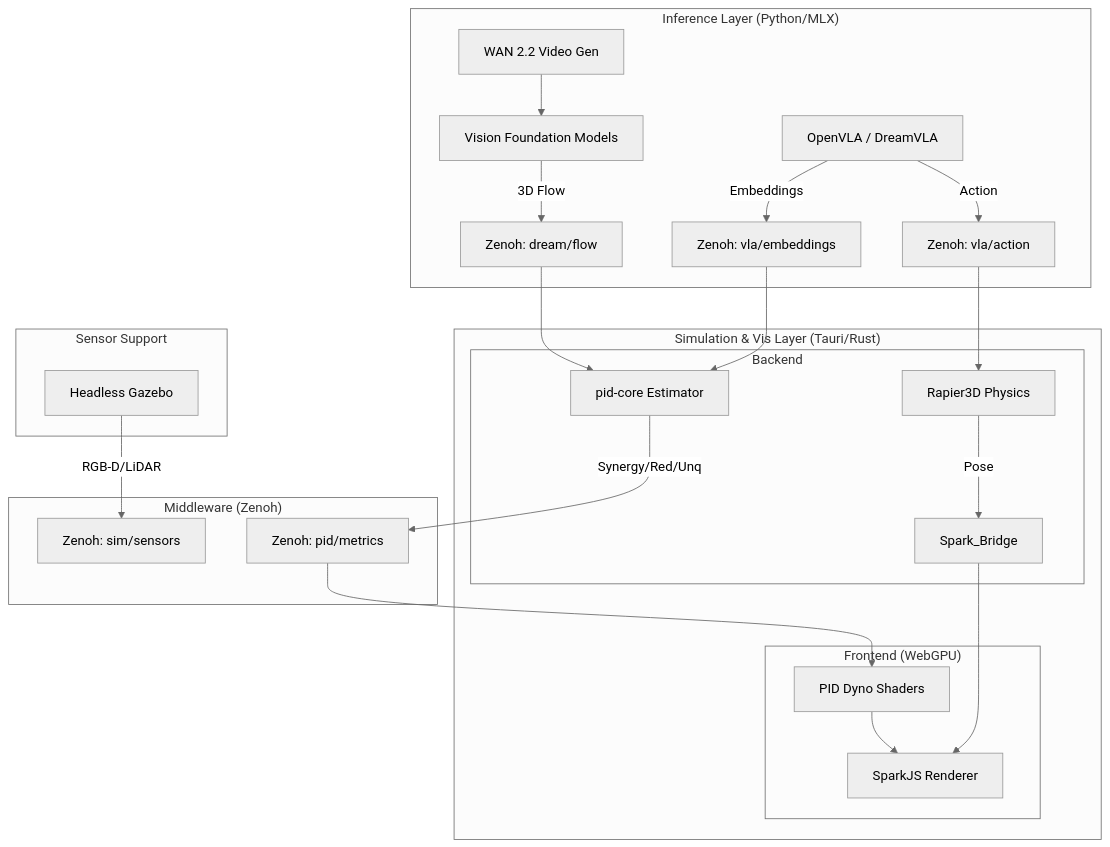
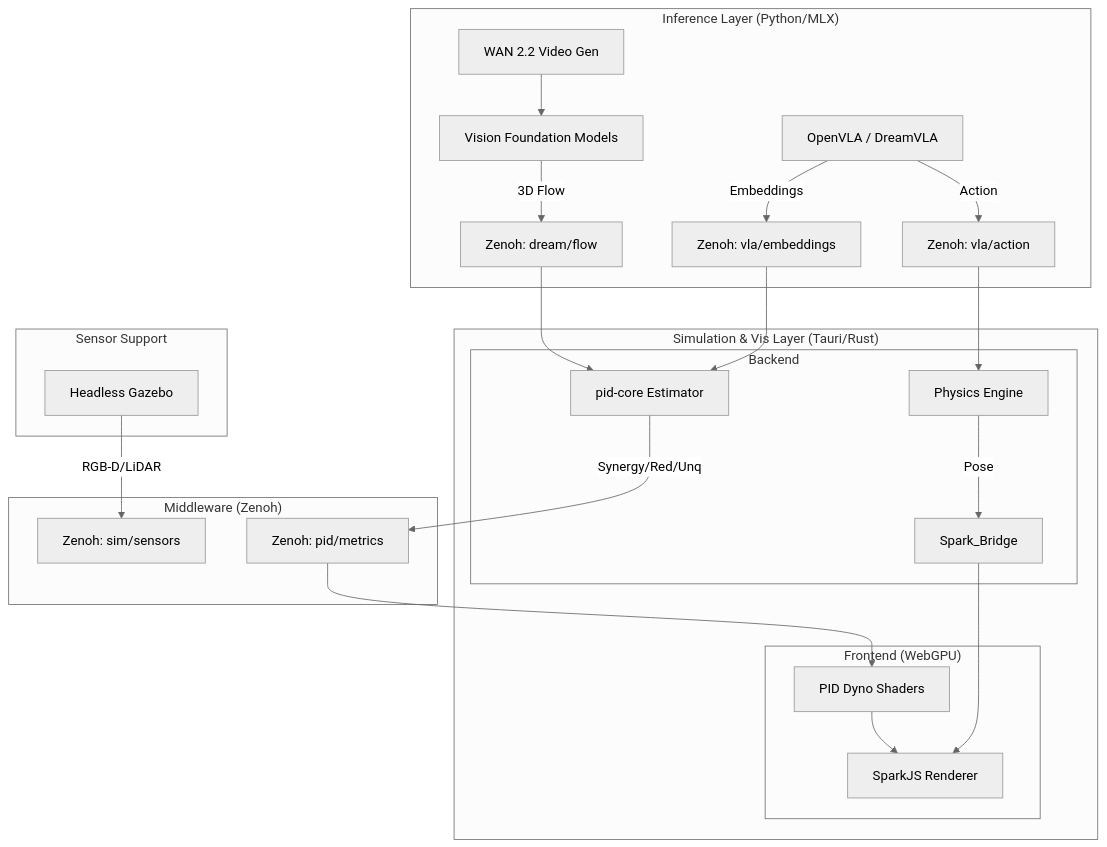
One commit to sepahead/prisoma changed the first of 7 diagrams in DIAGRAMS.md. Above: the diagram before and after it, drawn with Mermaid (neutral theme). The commit also changed other lines of this file and 6 other files, not shown here.

````diff
--- a/DIAGRAMS.md
+++ b/DIAGRAMS.md
@@ -16,49 +16,49 @@
 ```mermaid
 graph TD
     subgraph "Inference Layer (Python/MLX)"
         VLA[OpenVLA / DreamVLA]
         WAN[WAN 2.2 Video Gen]
         Vis[Vision Foundation Models]
         
         VLA -->|Action| Z_ACT[Zenoh: vla/action]
         VLA -->|Embeddings| Z_EMB[Zenoh: vla/embeddings]
         WAN --> Vis
         Vis -->|3D Flow| Z_FLOW[Zenoh: dream/flow]
     end
 
     subgraph "Middleware (Zenoh)"
         Z_ACT
         Z_EMB
         Z_FLOW
         Z_SENS[Zenoh: sim/sensors]
         Z_PID[Zenoh: pid/metrics]
     end
 
     subgraph "Simulation & Vis Layer (Tauri/Rust)"
         subgraph "Backend"
-            Rapier[Rapier3D Physics]
+            Phys[Physics Engine]
             PID_Core[pid-core Estimator]
             
-            Z_ACT --> Rapier
-            Rapier -->|Pose| Spark_Bridge
+            Z_ACT --> Phys
+            Phys -->|Pose| Spark_Bridge
             
             Z_EMB --> PID_Core
             Z_FLOW --> PID_Core
             PID_Core -->|Synergy/Red/Unq| Z_PID
         end
         
         subgraph "Frontend (WebGPU)"
             SparkJS[SparkJS Renderer]
             Dynos[PID Dyno Shaders]
             
             Spark_Bridge --> SparkJS
             Z_PID --> Dynos
             Dynos --> SparkJS
         end
     end
 
     subgraph "Sensor Support"
         Gazebo[Headless Gazebo]
         Gazebo -->|RGB-D/LiDAR| Z_SENS
     end
 ```
````
